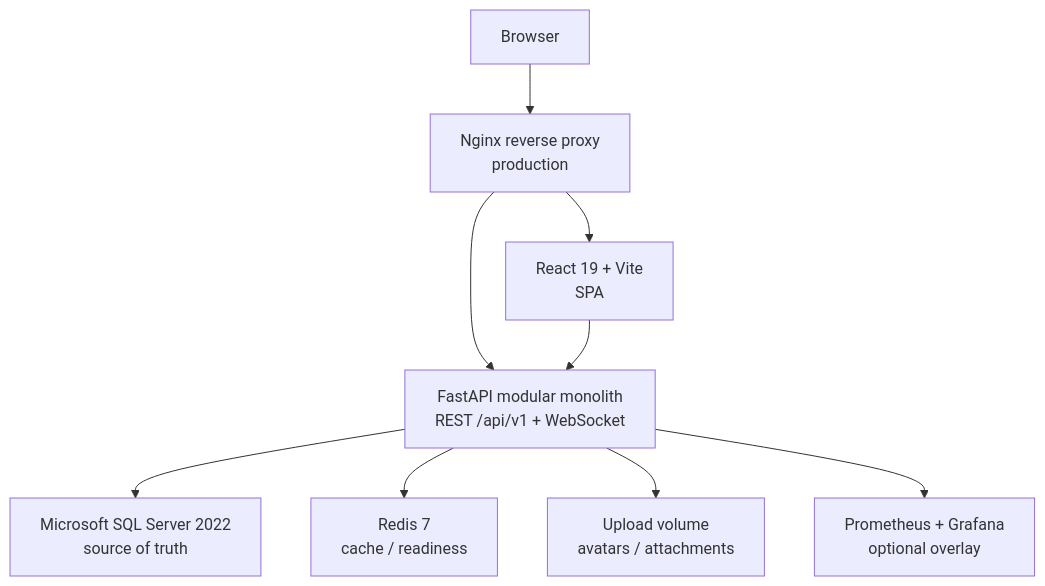
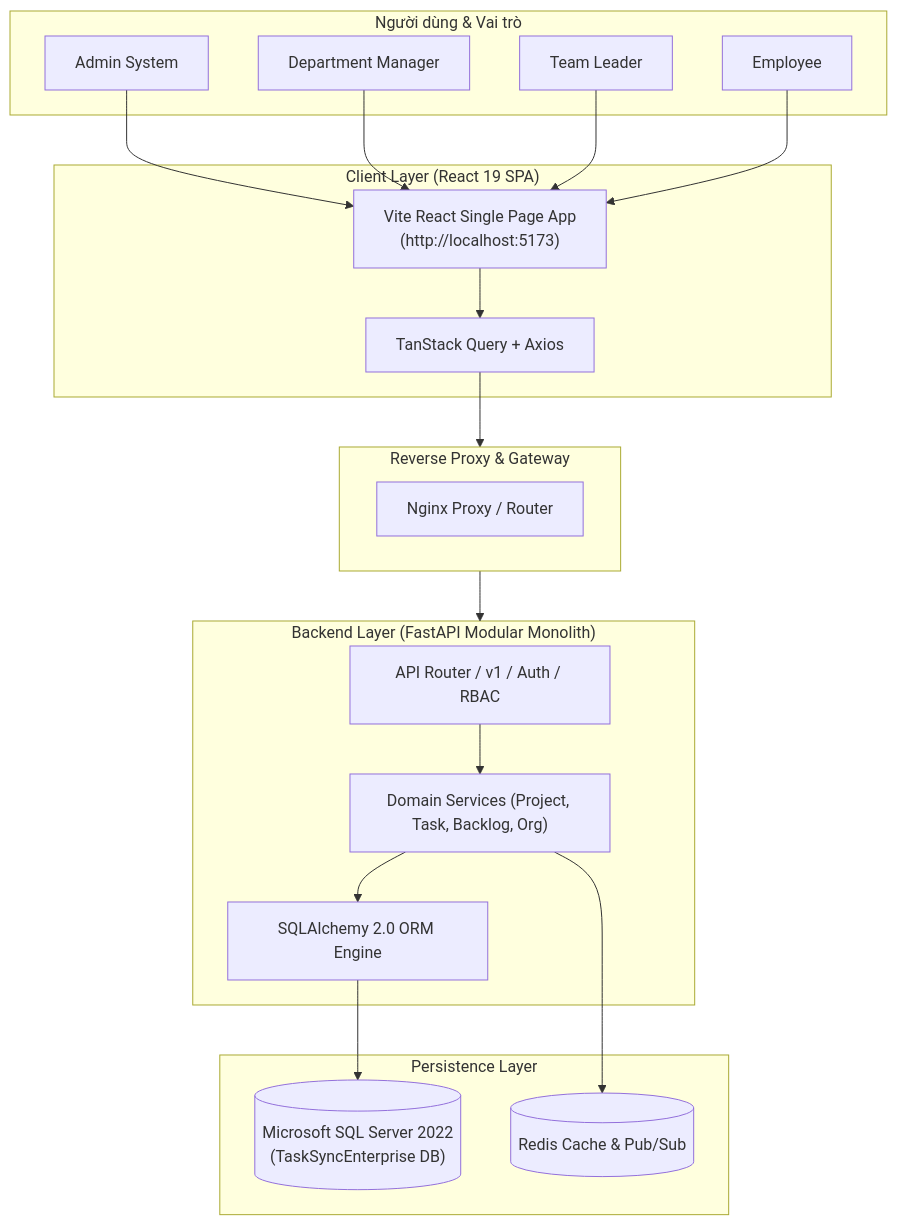
Before and after one commit to huynhlethanhnhan/TaskSyncEnterprise: the first of 7 diagrams in docs/architecture/SYSTEM_ARCHITECTURE.md, drawn with Mermaid. The commit also changed other lines of this file and 23 other files, not shown here.

Commit message:
fix(fullstack): stabilize backlog workflow and team management

````diff
--- a/docs/architecture/SYSTEM_ARCHITECTURE.md
+++ b/docs/architecture/SYSTEM_ARCHITECTURE.md
@@ -35,20 +18,42 @@
 ```mermaid
-flowchart TB
-    Browser["Browser"]
-    Nginx["Nginx reverse proxy\nproduction"]
-    Frontend["React 19 + Vite\nSPA"]
-    Backend["FastAPI modular monolith\nREST /api/v1 + WebSocket"]
-    SQL["Microsoft SQL Server 2022\nsource of truth"]
-    Redis["Redis 7\ncache / readiness"]
-    Storage["Upload volume\navatars / attachments"]
-    Metrics["Prometheus + Grafana\noptional overlay"]
+flowchart TD
+    subgraph Users ["Người dùng & Vai trò"]
+        Admin["Admin System"]
+        Manager["Department Manager"]
+        TeamLeader["Team Leader"]
+        Employee["Employee"]
+    end
 
-    Browser --> Nginx
-    Nginx --> Frontend
-    Nginx --> Backend
-    Frontend --> Backend
-    Backend --> SQL
-    Backend --> Redis
-    Backend --> Storage
-    Backend --> Metrics
+    subgraph Frontend ["Client Layer (React 19 SPA)"]
+        WebUI["Vite React Single Page App\n(http://localhost:5173)"]
+        StateEngine["TanStack Query + Axios"]
+    end
+
+    subgraph Gateway ["Reverse Proxy & Gateway"]
+        Nginx["Nginx Proxy / Router"]
+    end
+
+    subgraph Backend ["Backend Layer (FastAPI Modular Monolith)"]
+        APIRouter["API Router / v1 / Auth / RBAC"]
+        BusinessServices["Domain Services (Project, Task, Backlog, Org)"]
+        ORM["SQLAlchemy 2.0 ORM Engine"]
+    end
+
+    subgraph Storage ["Persistence Layer"]
+        MSSQL[("Microsoft SQL Server 2022\n(TaskSyncEnterprise DB)")]
+        RedisCache[("Redis Cache & Pub/Sub")]
+    end
+
+    Admin --> WebUI
+    Manager --> WebUI
+    TeamLeader --> WebUI
+    Employee --> WebUI
+
+    WebUI --> StateEngine
+    StateEngine --> Gateway
+    Gateway --> Backend
+    APIRouter --> BusinessServices
+    BusinessServices --> ORM
+    ORM --> MSSQL
+    BusinessServices --> RedisCache
 ```
````
